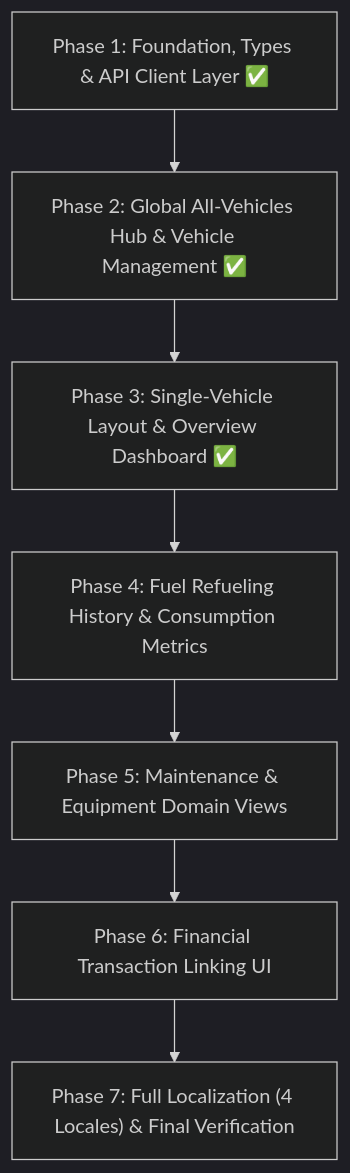
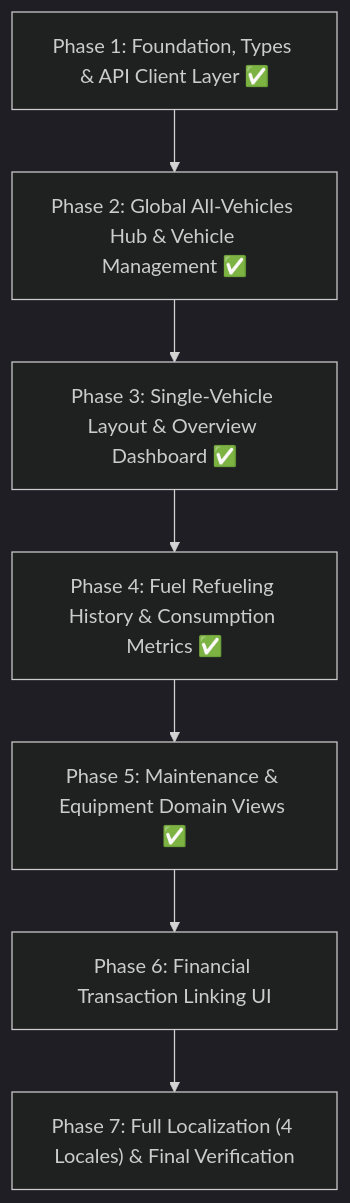
The diagram in docs/VEHICLES_DOMAIN_IMPLEMENTATION_PLAN.md (wojtek960506/finance-tracker-web-v2), drawn with Mermaid (dark theme) before and after one commit. The commit also changed other lines of this file and 31 other files, not shown here.

````diff
--- a/docs/VEHICLES_DOMAIN_IMPLEMENTATION_PLAN.md
+++ b/docs/VEHICLES_DOMAIN_IMPLEMENTATION_PLAN.md
@@ -77,9 +77,9 @@
 ```mermaid
 flowchart TD
     P1["Phase 1: Foundation, Types & API Client Layer ✅"] --> P2["Phase 2: Global All-Vehicles Hub & Vehicle Management ✅"]
     P2 --> P3["Phase 3: Single-Vehicle Layout & Overview Dashboard ✅"]
-    P3 --> P4["Phase 4: Fuel Refueling History & Consumption Metrics"]
-    P4 --> P5["Phase 5: Maintenance & Equipment Domain Views"]
+    P3 --> P4["Phase 4: Fuel Refueling History & Consumption Metrics ✅"]
+    P4 --> P5["Phase 5: Maintenance & Equipment Domain Views ✅"]
     P5 --> P6["Phase 6: Financial Transaction Linking UI"]
     P6 --> P7["Phase 7: Full Localization (4 Locales) & Final Verification"]
 ```
````
